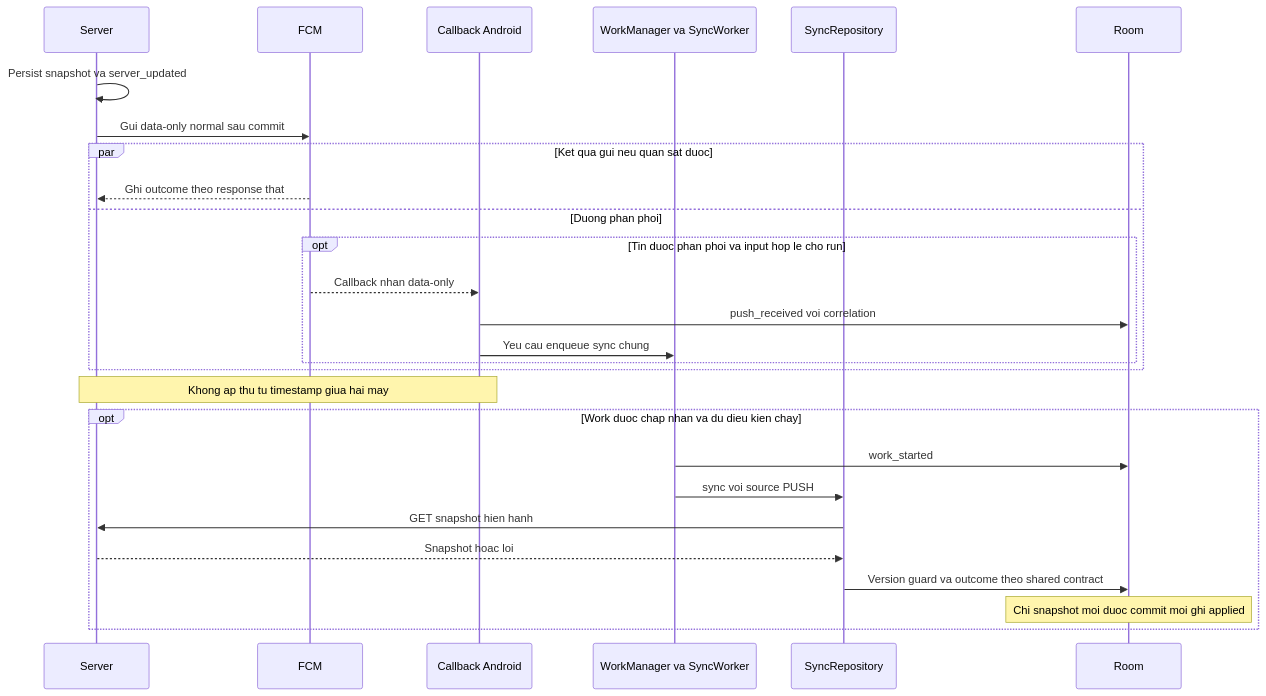
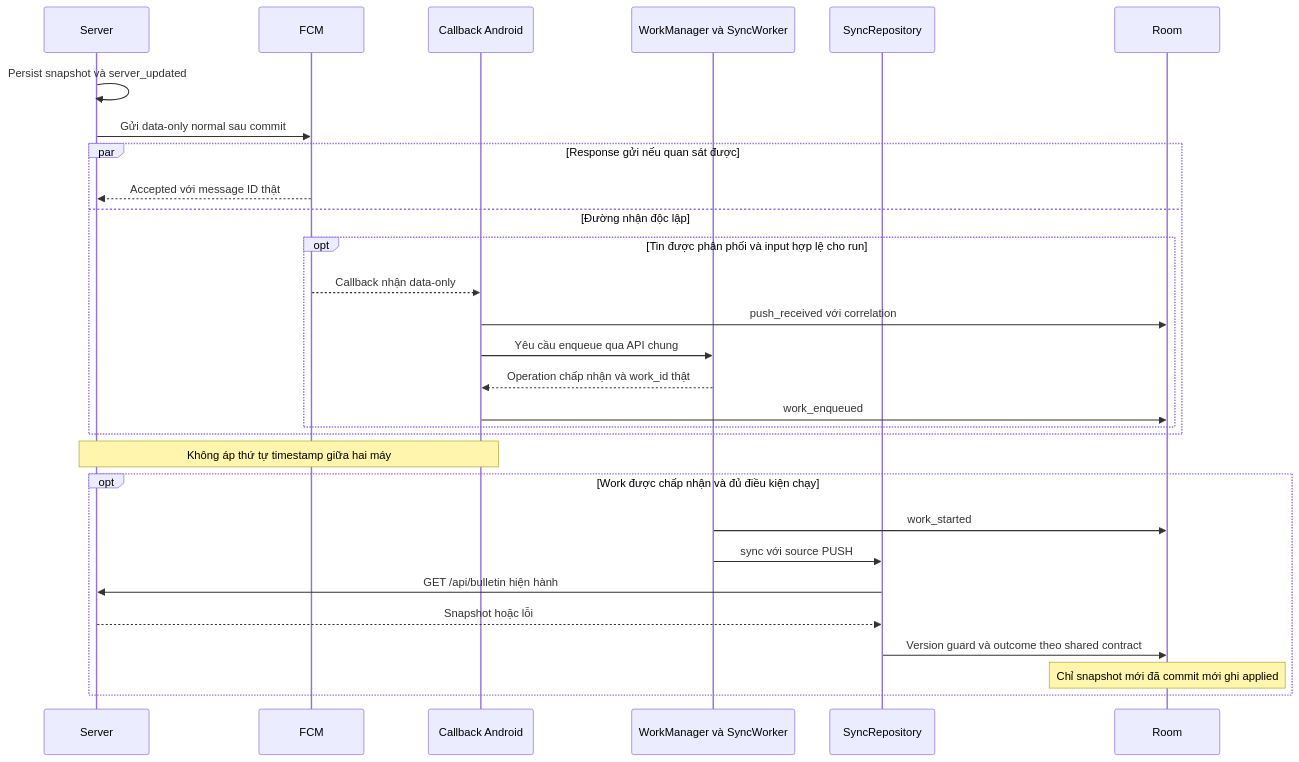
One commit to ThanhTris/Seminar-IE307 changed the second of 2 diagrams in docs/MECHANISMS.md. Above: the diagram before and after it, drawn with Mermaid. The commit also changed other lines of this file and 2 other files, not shown here.

````diff
--- a/docs/MECHANISMS.md
+++ b/docs/MECHANISMS.md
@@ -77,29 +79,31 @@
 ```mermaid
 sequenceDiagram
     participant S as Server
     participant F as FCM
     participant C as Callback Android
-    participant W as WorkManager va SyncWorker
+    participant W as WorkManager và SyncWorker
     participant R as SyncRepository
     participant D as Room
-    S->>S: Persist snapshot va server_updated
-    S->>F: Gui data-only normal sau commit
-    par Ket qua gui neu quan sat duoc
-        F-->>S: Ghi outcome theo response that
-    and Duong phan phoi
-        opt Tin duoc phan phoi va input hop le cho run
-            F-->>C: Callback nhan data-only
-            C->>D: push_received voi correlation
-            C->>W: Yeu cau enqueue sync chung
+    S->>S: Persist snapshot và server_updated
+    S->>F: Gửi data-only normal sau commit
+    par Response gửi nếu quan sát được
+        F-->>S: Accepted với message ID thật
+    and Đường nhận độc lập
+        opt Tin được phân phối và input hợp lệ cho run
+            F-->>C: Callback nhận data-only
+            C->>D: push_received với correlation
+            C->>W: Yêu cầu enqueue qua API chung
+            W-->>C: Operation chấp nhận và work_id thật
+            C->>D: work_enqueued
         end
     end
-    Note over S,C: Khong ap thu tu timestamp giua hai may
-    opt Work duoc chap nhan va du dieu kien chay
+    Note over S,C: Không áp thứ tự timestamp giữa hai máy
+    opt Work được chấp nhận và đủ điều kiện chạy
         W->>D: work_started
-        W->>R: sync voi source PUSH
-        R->>S: GET snapshot hien hanh
-        S-->>R: Snapshot hoac loi
-        R->>D: Version guard va outcome theo shared contract
-        Note over D: Chi snapshot moi duoc commit moi ghi applied
+        W->>R: sync với source PUSH
+        R->>S: GET /api/bulletin hiện hành
+        S-->>R: Snapshot hoặc lỗi
+        R->>D: Version guard và outcome theo shared contract
+        Note over D: Chỉ snapshot mới đã commit mới ghi applied
     end
 ```
````
